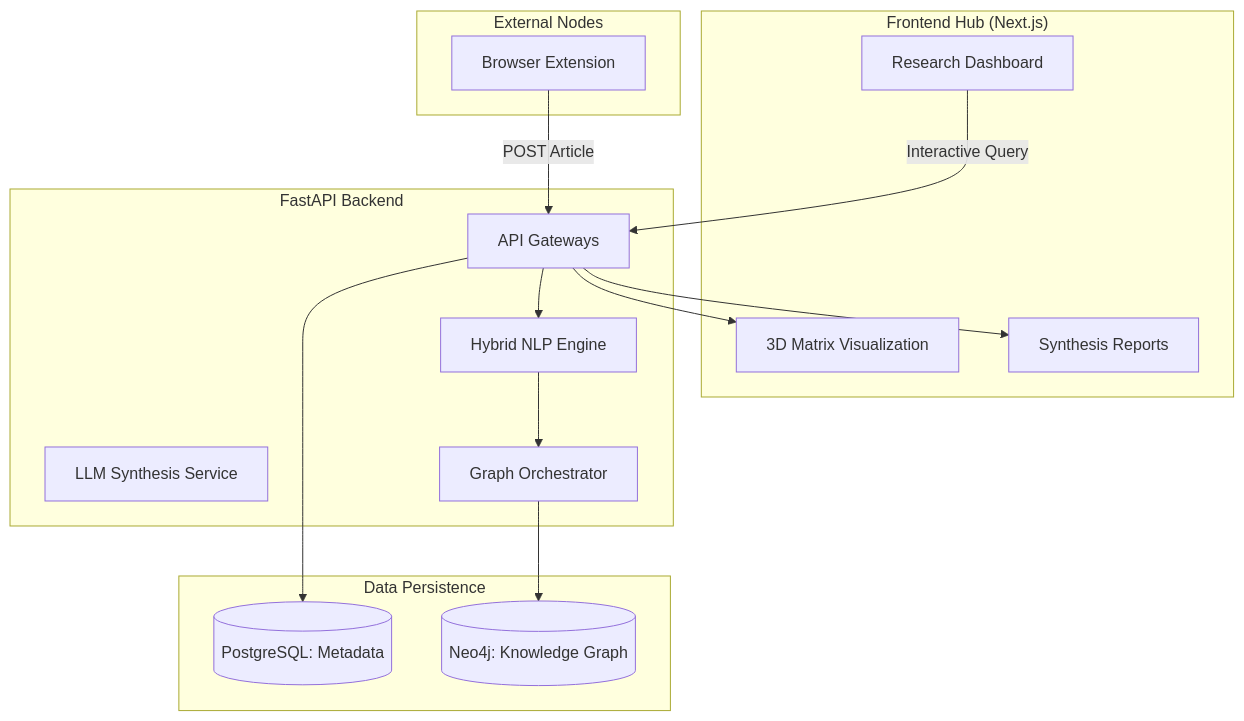
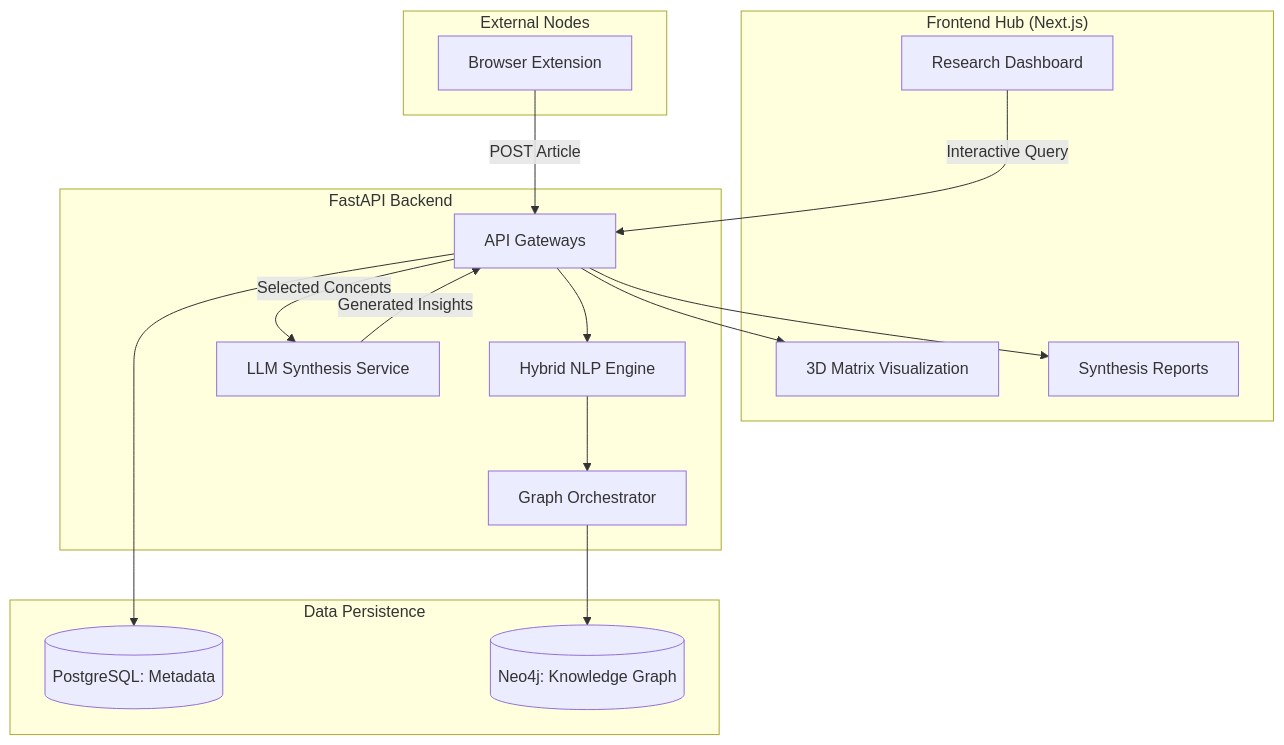
Before and after one commit to vaibhav1881/ICD: the first of 4 diagrams in README.md, drawn with Mermaid.

Commit message:
docs: update architecture diagram with LLM connections

````diff
--- a/README.md
+++ b/README.md
@@ -54,33 +54,35 @@
 ```mermaid
 graph TD
     subgraph "External Nodes"
         ext[Browser Extension]
     end
 
     subgraph "Frontend Hub (Next.js)"
         ui[Research Dashboard]
         viz[3D Matrix Visualization]
         report[Synthesis Reports]
     end
 
     subgraph "FastAPI Backend"
         api[API Gateways]
         nlp[Hybrid NLP Engine]
         llm[LLM Synthesis Service]
         graph_svc[Graph Orchestrator]
     end
 
     subgraph "Data Persistence"
         pg[(PostgreSQL: Metadata)]
         neo[(Neo4j: Knowledge Graph)]
     end
 
     ext -->|POST Article| api
     api --> nlp
     nlp --> graph_svc
     graph_svc --> neo
     api --> pg
     ui -->|Interactive Query| api
     api --> viz
+    api -->|Selected Concepts| llm
+    llm -->|Generated Insights| api
     api --> report
 ```
````
